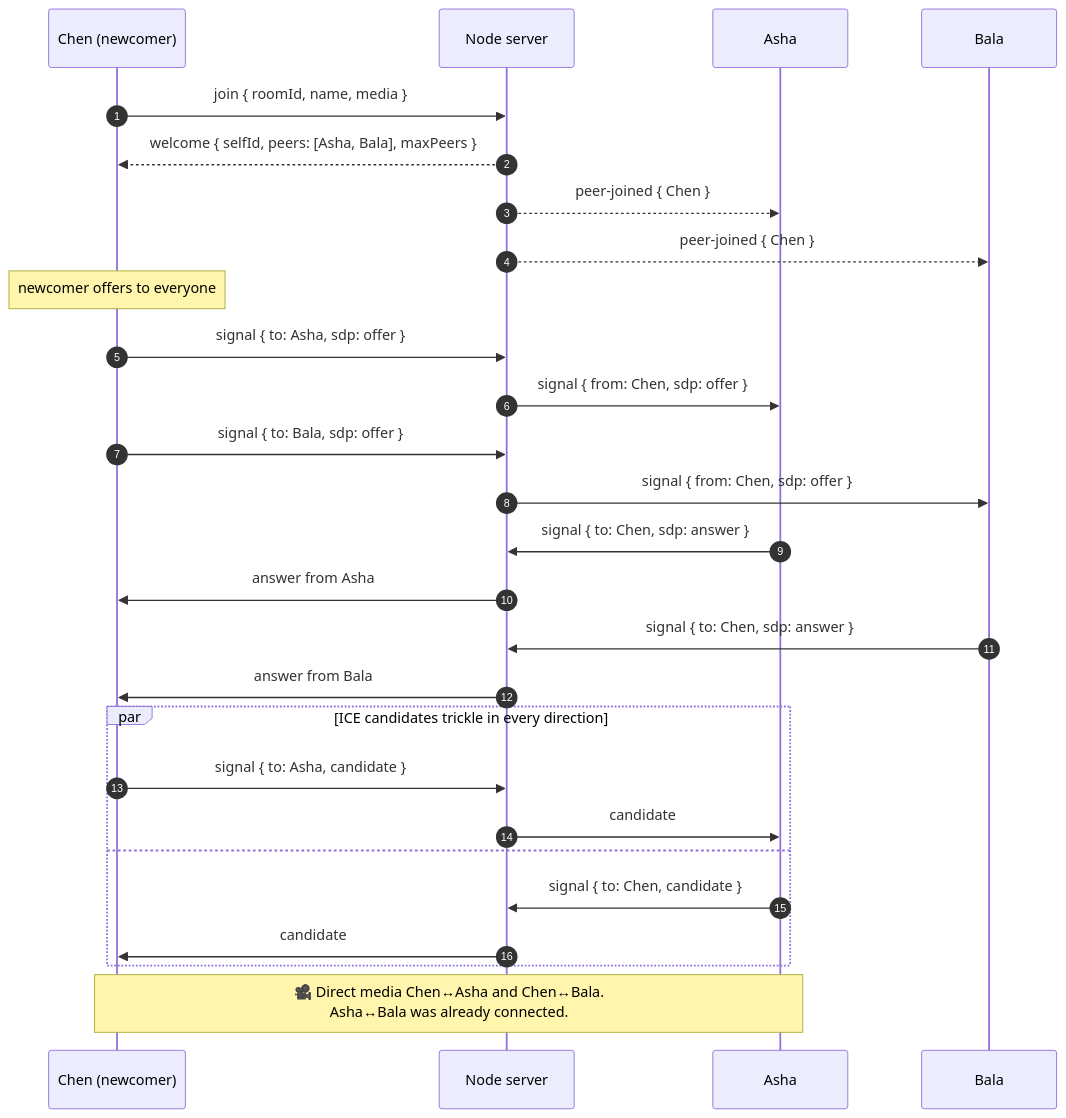
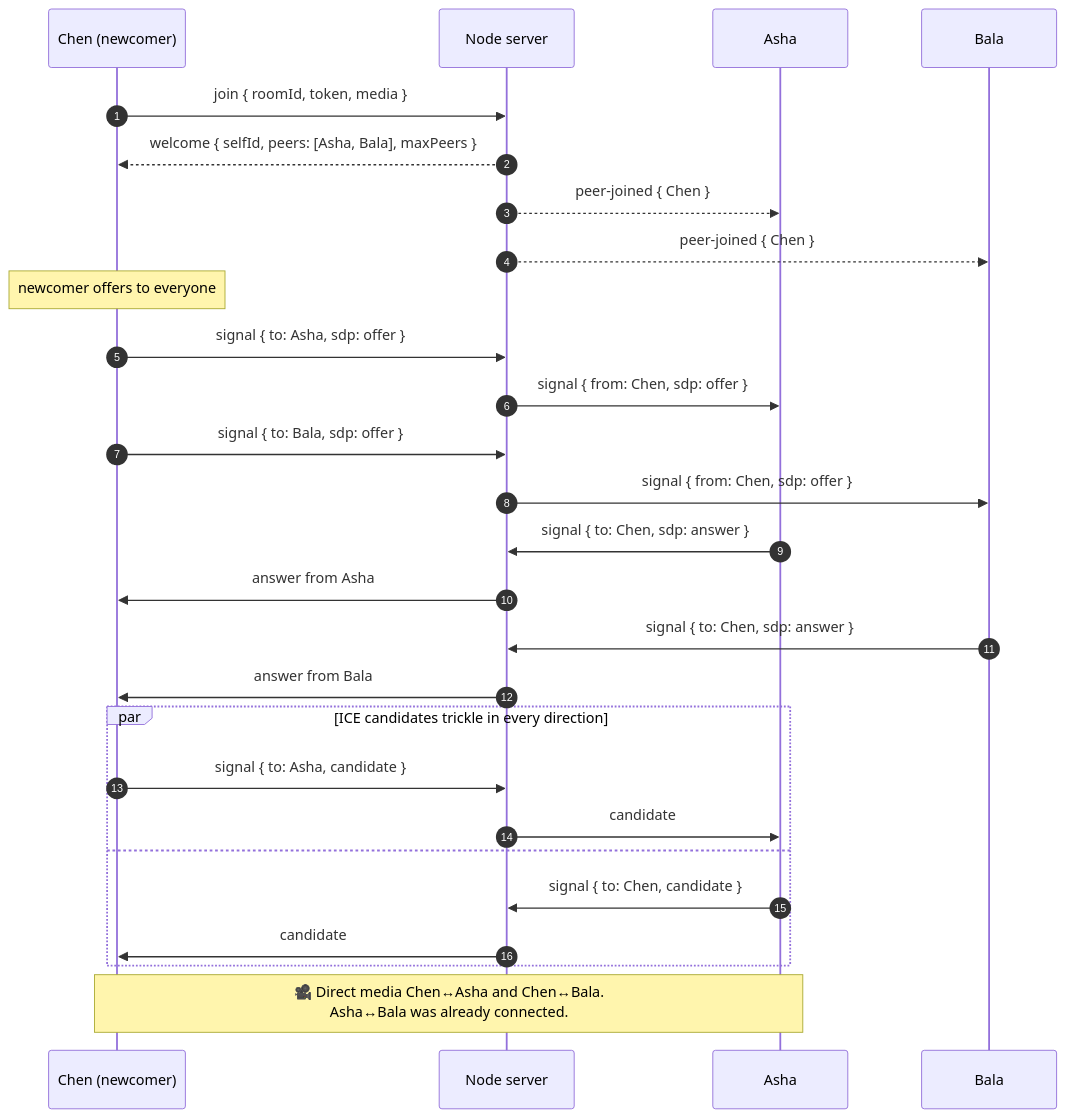
One commit to HarishVerma-UI/video-call-app changed the seventh of 8 diagrams in ARCHITECTURE.md. Above: the diagram before and after it, drawn with Mermaid. The commit also changed other lines of this file and 47 other files, not shown here.

````diff
--- a/ARCHITECTURE.md
+++ b/ARCHITECTURE.md
@@ -176,34 +249,34 @@
 ```mermaid
 sequenceDiagram
   autonumber
   participant C as Chen (newcomer)
   participant S as Node server
   participant A as Asha
   participant B as Bala
 
-  C->>S: join { roomId, name, media }
+  C->>S: join { roomId, token, media }
   S-->>C: welcome { selfId, peers: [Asha, Bala], maxPeers }
   S-->>A: peer-joined { Chen }
   S-->>B: peer-joined { Chen }
 
   Note over C: newcomer offers to everyone
   C->>S: signal { to: Asha, sdp: offer }
   S->>A: signal { from: Chen, sdp: offer }
   C->>S: signal { to: Bala, sdp: offer }
   S->>B: signal { from: Chen, sdp: offer }
 
   A->>S: signal { to: Chen, sdp: answer }
   S->>C: answer from Asha
   B->>S: signal { to: Chen, sdp: answer }
   S->>C: answer from Bala
 
   par ICE candidates trickle in every direction
     C->>S: signal { to: Asha, candidate }
     S->>A: candidate
   and
     A->>S: signal { to: Chen, candidate }
     S->>C: candidate
   end
 
   Note over A,C: 🎥 Direct media Chen↔Asha and Chen↔Bala.<br/>Asha↔Bala was already connected.
 ```
````
